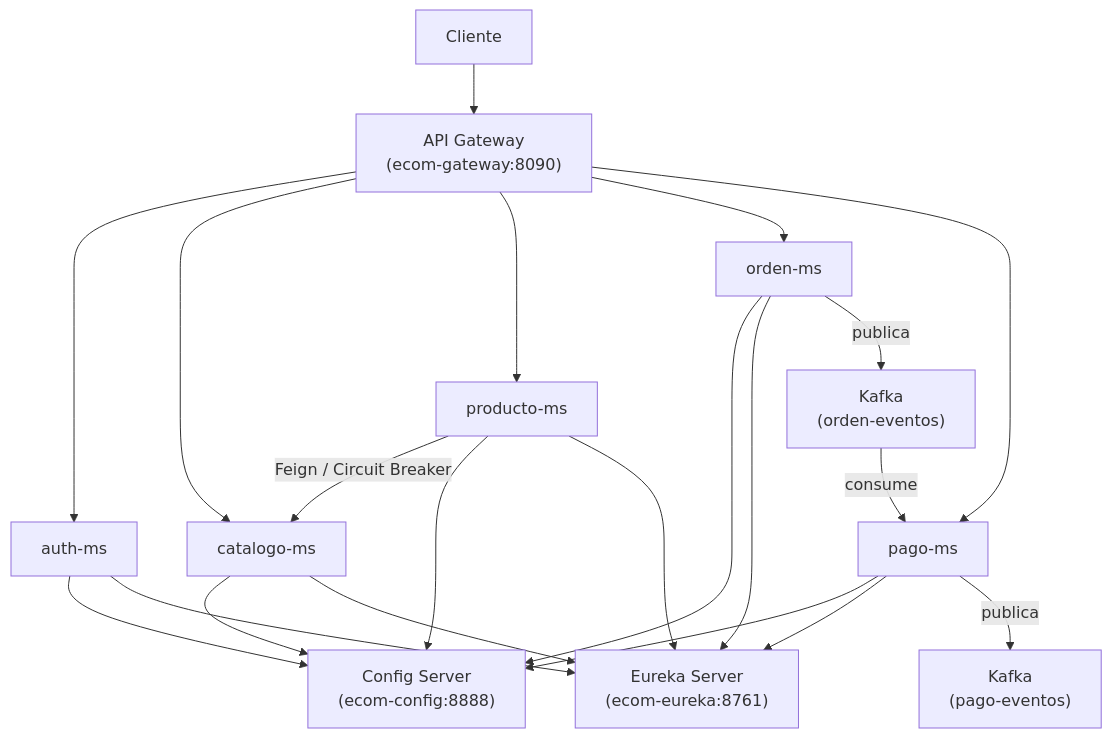
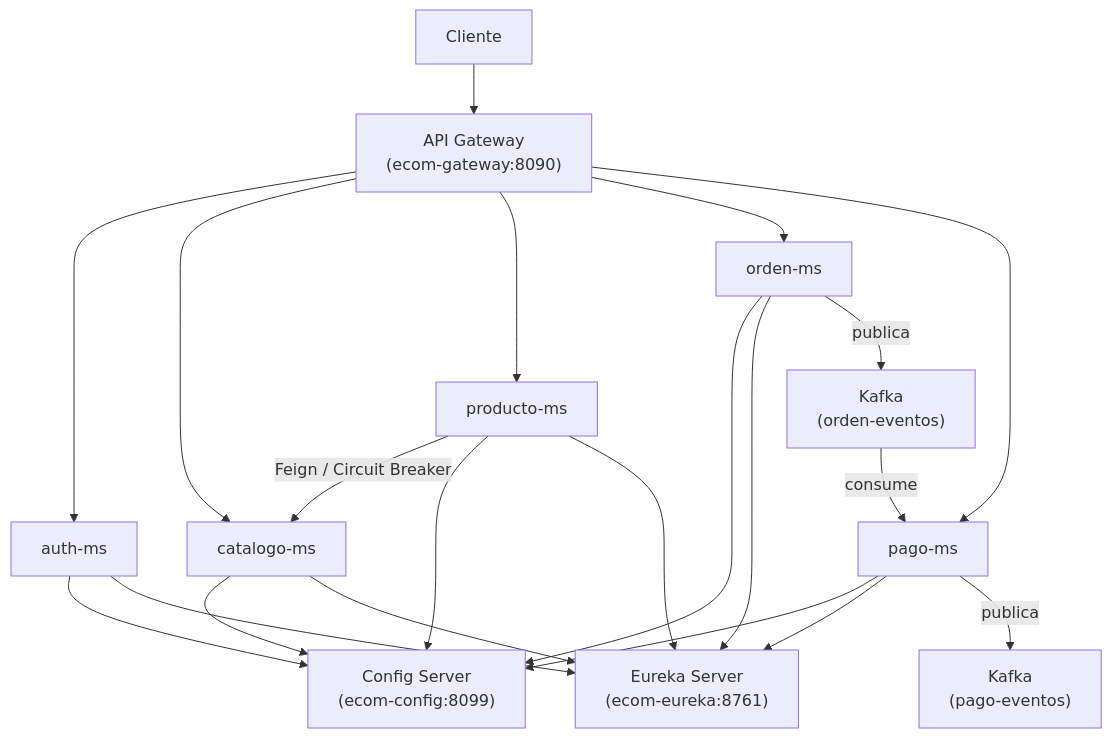
The first of 2 diagrams in docs/sesiones/s00-infraestructura.md (261dist/ecom), drawn with Mermaid before and after one commit. The commit also changed other lines of this file and 18 other files, not shown here.

````diff
--- a/docs/sesiones/s00-infraestructura.md
+++ b/docs/sesiones/s00-infraestructura.md
@@ -63,27 +63,27 @@
 ```mermaid
 graph TB
     Client["Cliente"] --> Gateway["API Gateway<br/>(ecom-gateway:8090)"]
     Gateway --> Auth["auth-ms"]
     Gateway --> Catalogo["catalogo-ms"]
     Gateway --> Producto["producto-ms"]
     Gateway --> Orden["orden-ms"]
     Gateway --> Pago["pago-ms"]
 
     Producto -->|"Feign / Circuit Breaker"| Catalogo
 
-    Auth --> Config["Config Server<br/>(ecom-config:8888)"]
+    Auth --> Config["Config Server<br/>(ecom-config:8099)"]
     Catalogo --> Config
     Producto --> Config
     Orden --> Config
     Pago --> Config
 
     Auth --> Eureka["Eureka Server<br/>(ecom-eureka:8761)"]
     Catalogo --> Eureka
     Producto --> Eureka
     Orden --> Eureka
     Pago --> Eureka
 
     Orden -->|"publica"| Kafka["Kafka<br/>(orden-eventos)"]
     Kafka -->|"consume"| Pago
     Pago -->|"publica"| Kafka2["Kafka<br/>(pago-eventos)"]
 ```
````
